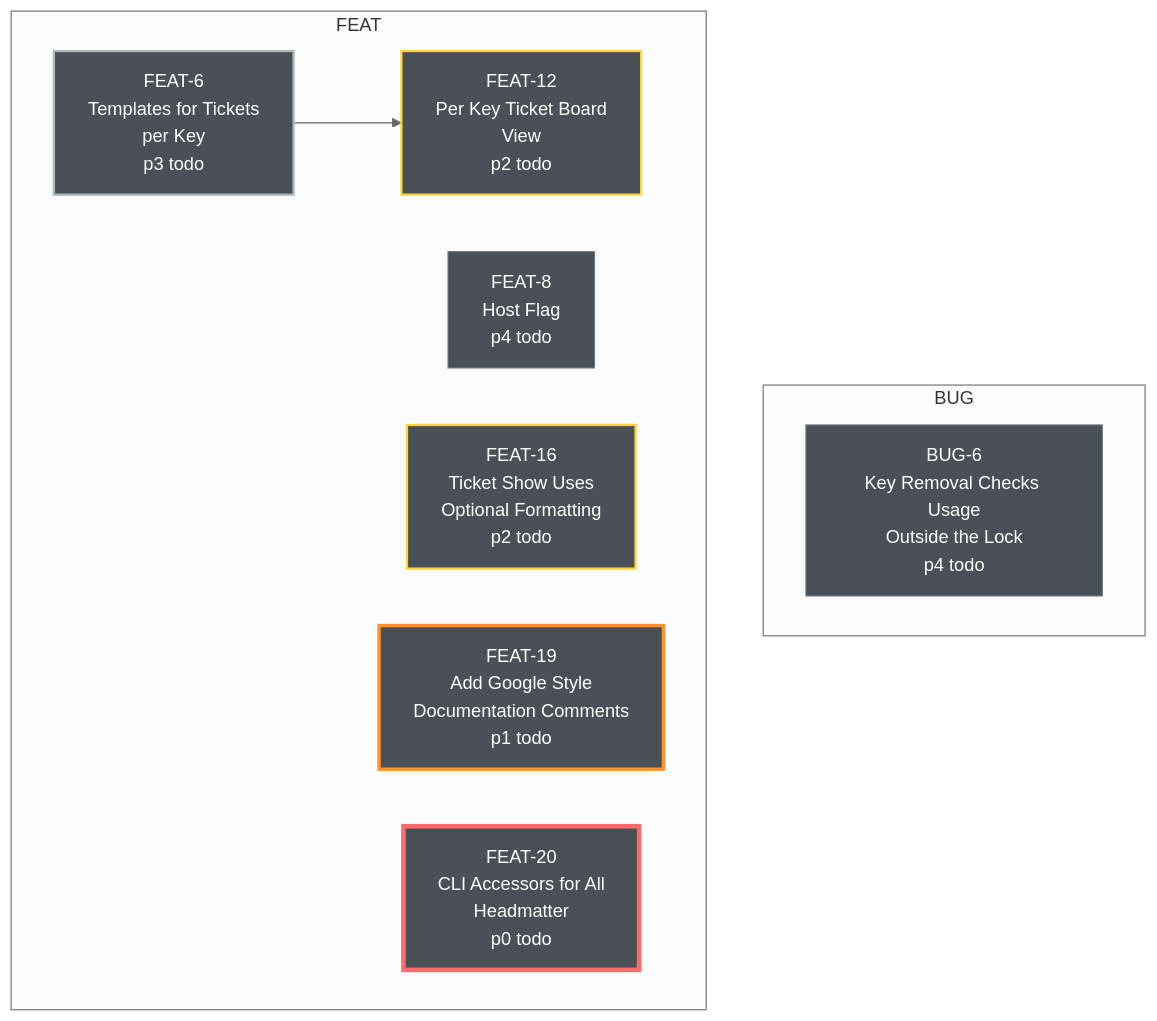
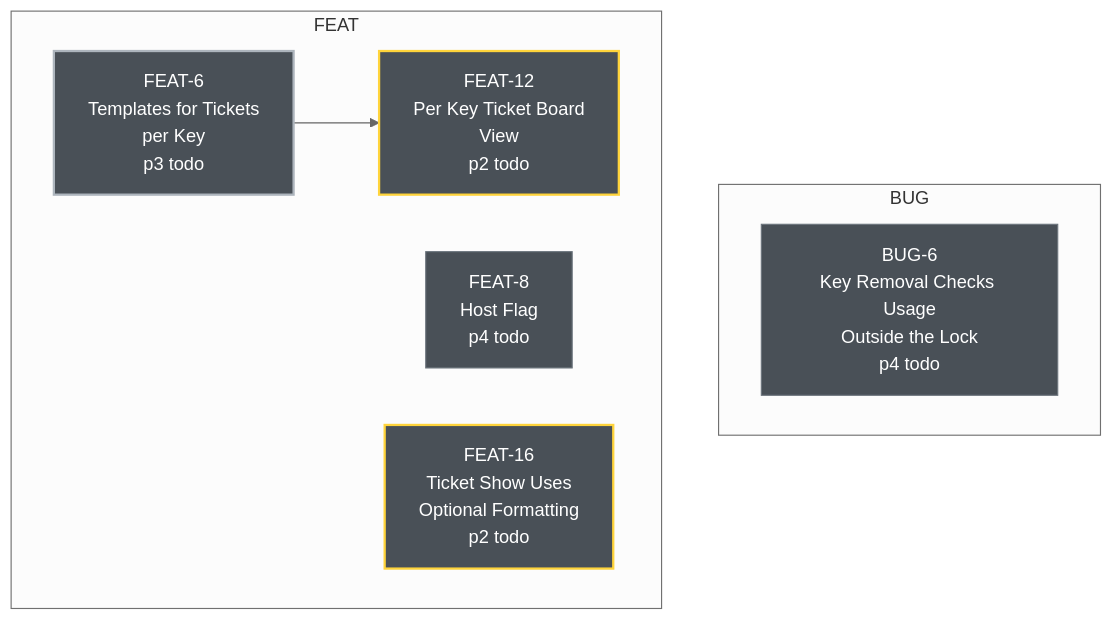
The diagram in roadmap.md (Sorcerio/Docket), drawn with Mermaid (neutral theme) before and after one commit. The commit also changed 1 other file, not shown here.

Commit message:
FEAT-20 done

````diff
--- a/roadmap.md
+++ b/roadmap.md
@@ -5,25 +5,19 @@
 ```mermaid
 graph TD
   subgraph BUG
     BUG_6["BUG-6<br/>Key Removal Checks Usage<br/>Outside the Lock<br/>p4 todo"]
   end
   subgraph FEAT
     FEAT_6["FEAT-6<br/>Templates for Tickets<br/>per Key<br/>p3 todo"]
     FEAT_8["FEAT-8<br/>Host Flag<br/>p4 todo"]
     FEAT_12["FEAT-12<br/>Per Key Ticket Board<br/>View<br/>p2 todo"]
     FEAT_16["FEAT-16<br/>Ticket Show Uses<br/>Optional Formatting<br/>p2 todo"]
-    FEAT_19["FEAT-19<br/>Add Google Style<br/>Documentation Comments<br/>p1 todo"]
-    FEAT_20["FEAT-20<br/>CLI Accessors for All<br/>Headmatter<br/>p0 todo"]
   end
   FEAT_6 --> FEAT_12
-  classDef todoP0 fill:#495057,color:#fff,stroke:#ff6b6b,stroke-width:4px
-  classDef todoP1 fill:#495057,color:#fff,stroke:#ff922b,stroke-width:3px
   classDef todoP2 fill:#495057,color:#fff,stroke:#ffd43b,stroke-width:2px
   classDef todoP3 fill:#495057,color:#fff,stroke:#adb5bd,stroke-width:2px
   classDef todoP4 fill:#495057,color:#fff,stroke:#6c757d,stroke-width:1px
-  class FEAT_20 todoP0
-  class FEAT_19 todoP1
   class FEAT_12,FEAT_16 todoP2
   class FEAT_6 todoP3
   class BUG_6,FEAT_8 todoP4
 ```
````
